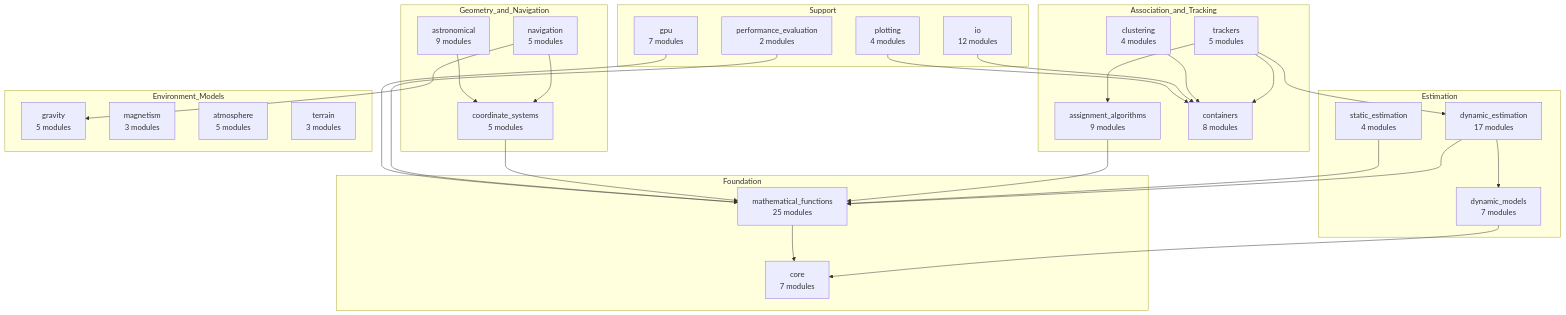
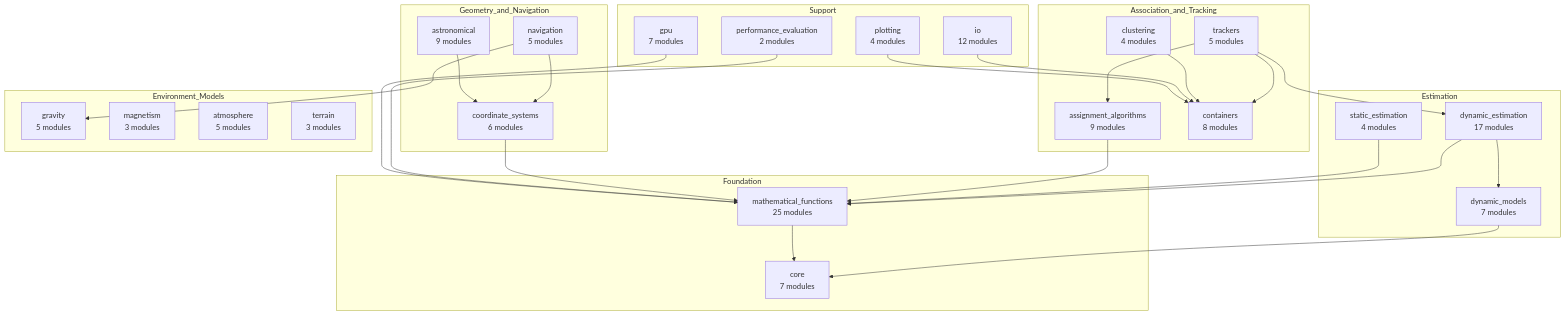
One commit to nedonatelli/TCL changed the first of 4 diagrams in docs/architecture.rst. Above: the diagram before and after it, drawn with Mermaid. The commit also changed other lines of this file and 28 other files, not shown here.

```diff
--- a/docs/architecture.rst
+++ b/docs/architecture.rst
@@ -26,59 +26,59 @@
 .. mermaid::
 
    graph TD
        subgraph Estimation
            DE["dynamic_estimation<br/>17 modules"]
            DM["dynamic_models<br/>7 modules"]
            SE["static_estimation<br/>4 modules"]
        end
 
        subgraph Association_and_Tracking
            AA["assignment_algorithms<br/>9 modules"]
            TR["trackers<br/>5 modules"]
            CL["clustering<br/>4 modules"]
            CO["containers<br/>8 modules"]
        end
 
        subgraph Geometry_and_Navigation
-           CS["coordinate_systems<br/>5 modules"]
+           CS["coordinate_systems<br/>6 modules"]
            NA["navigation<br/>5 modules"]
            AS["astronomical<br/>9 modules"]
        end
 
        subgraph Environment_Models
            GR["gravity<br/>5 modules"]
            MA["magnetism<br/>3 modules"]
            AT["atmosphere<br/>5 modules"]
            TE["terrain<br/>3 modules"]
        end
 
        subgraph Foundation
            MF["mathematical_functions<br/>25 modules"]
            CR["core<br/>7 modules"]
        end
 
        subgraph Support
            IO["io<br/>12 modules"]
            GP["gpu<br/>7 modules"]
            PL["plotting<br/>4 modules"]
            PE["performance_evaluation<br/>2 modules"]
        end
 
        TR --> DE
        TR --> AA
        TR --> CO
        DE --> DM
        DE --> MF
        AA --> MF
        CL --> CO
        NA --> CS
        NA --> GR
        AS --> CS
        SE --> MF
        CS --> MF
        PE --> MF
        IO --> CO
        GP --> MF
        PL --> CO
        DM --> CR
        MF --> CR
```
